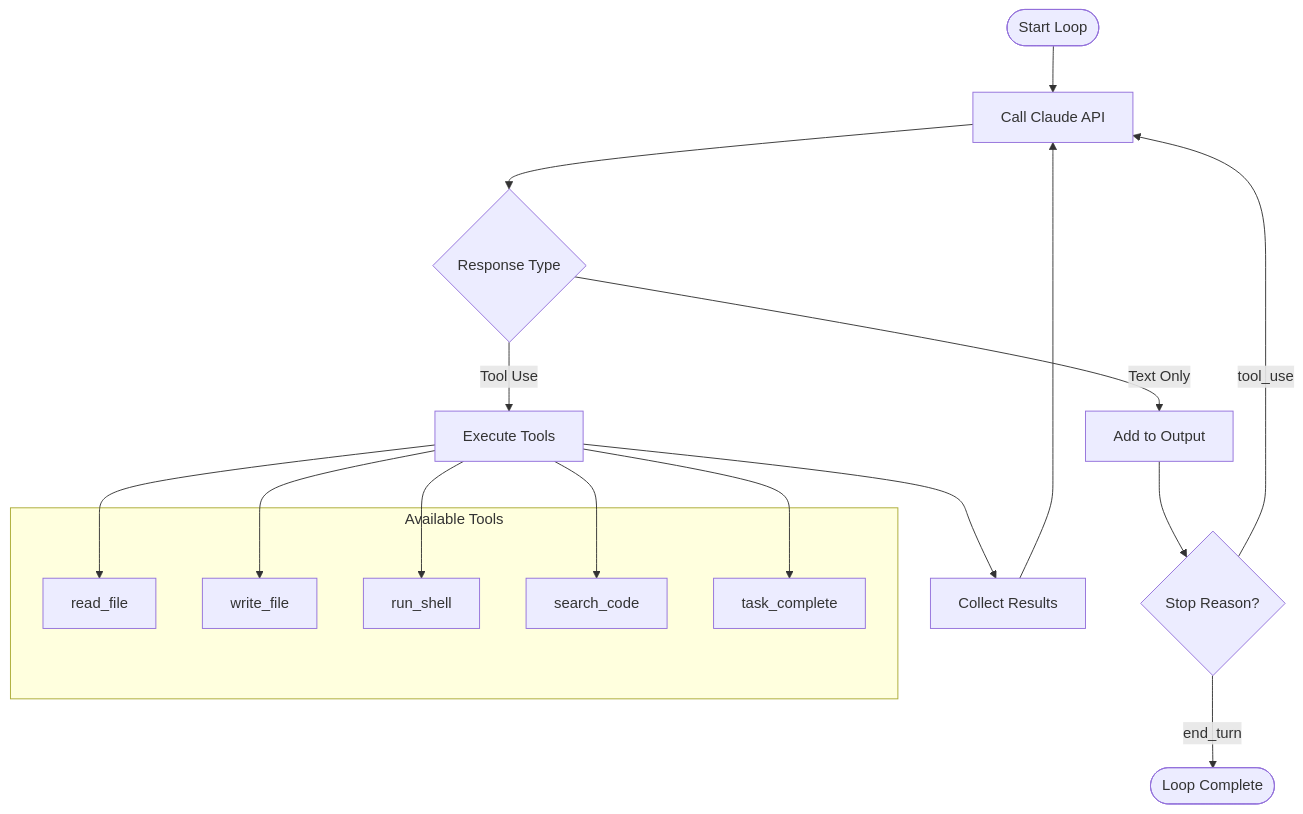
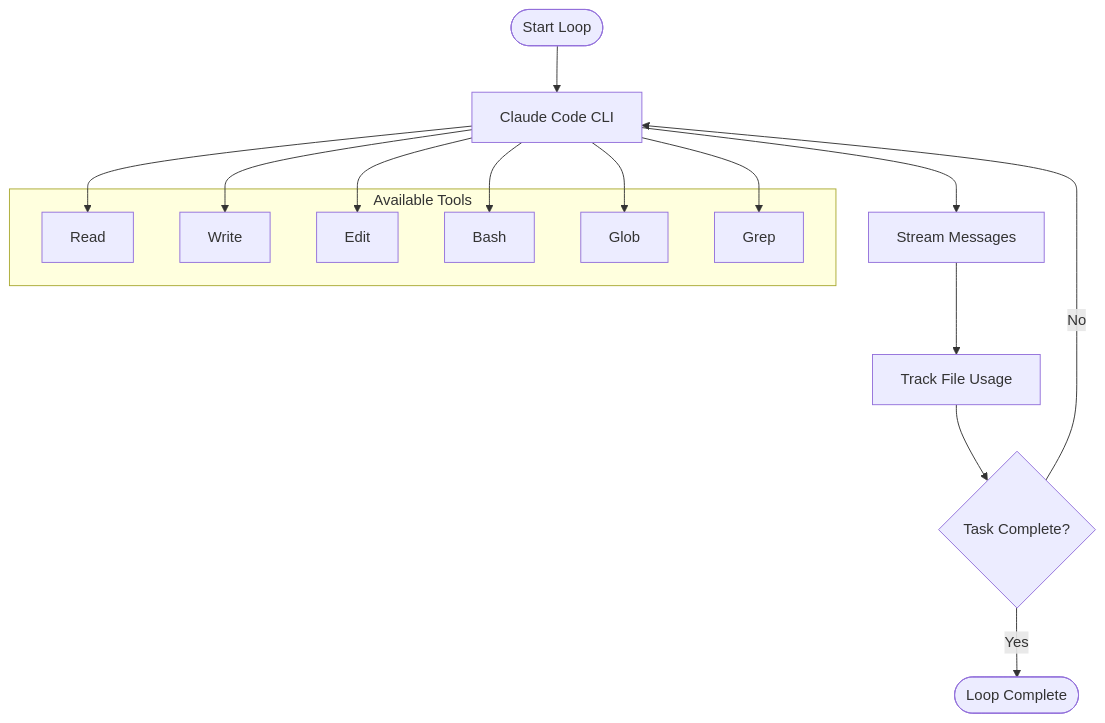
One commit to cymfg/ophan changed the third of 14 diagrams in docs/inner-loop.md. Above: the diagram before and after it, drawn with Mermaid. The commit also changed other lines of this file and 34 other files, not shown here.

First line of the commit message:
feat: add core agent types and utilities for multi-agent architecture

````diff
--- a/docs/inner-loop.md
+++ b/docs/inner-loop.md
@@ -57,29 +57,27 @@
 ```mermaid
 flowchart TB
-    Start([Start Loop]) --> Call[Call Claude API]
-    Call --> Response{Response Type}
+    Start([Start Loop]) --> CC[Claude Code CLI]
 
-    Response --> |"Text Only"| Text[Add to Output]
-    Response --> |"Tool Use"| Tools[Execute Tools]
+    CC --> Stream[Stream Messages]
+    Stream --> Track[Track File Usage]
+    Track --> Check{Task Complete?}
 
-    Tools --> Results[Collect Results]
-    Results --> Call
-
-    Text --> Check{Stop Reason?}
-    Check --> |"end_turn"| Done([Loop Complete])
-    Check --> |"tool_use"| Call
+    Check --> |"No"| CC
+    Check --> |"Yes"| Done([Loop Complete])
 
     subgraph "Available Tools"
-        Read[read_file]
-        Write[write_file]
-        Shell[run_shell]
-        Search[search_code]
-        Complete[task_complete]
+        Read[Read]
+        Write[Write]
+        Edit[Edit]
+        Bash[Bash]
+        Glob[Glob]
+        Grep[Grep]
     end
 
-    Tools --> Read
-    Tools --> Write
-    Tools --> Shell
-    Tools --> Search
-    Tools --> Complete
+    CC --> Read
+    CC --> Write
+    CC --> Edit
+    CC --> Bash
+    CC --> Glob
+    CC --> Grep
 ```
````
